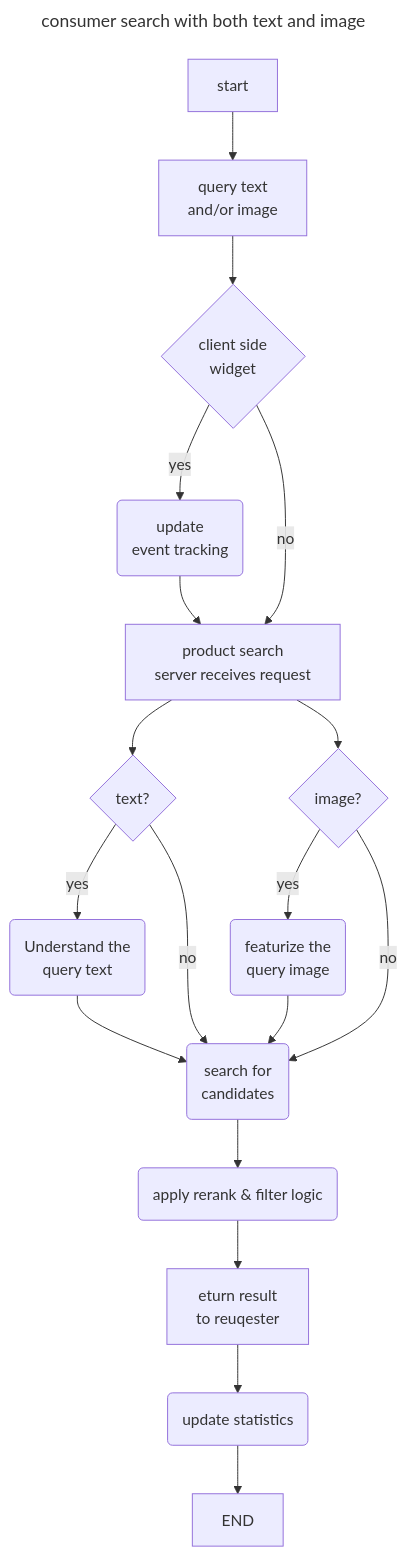
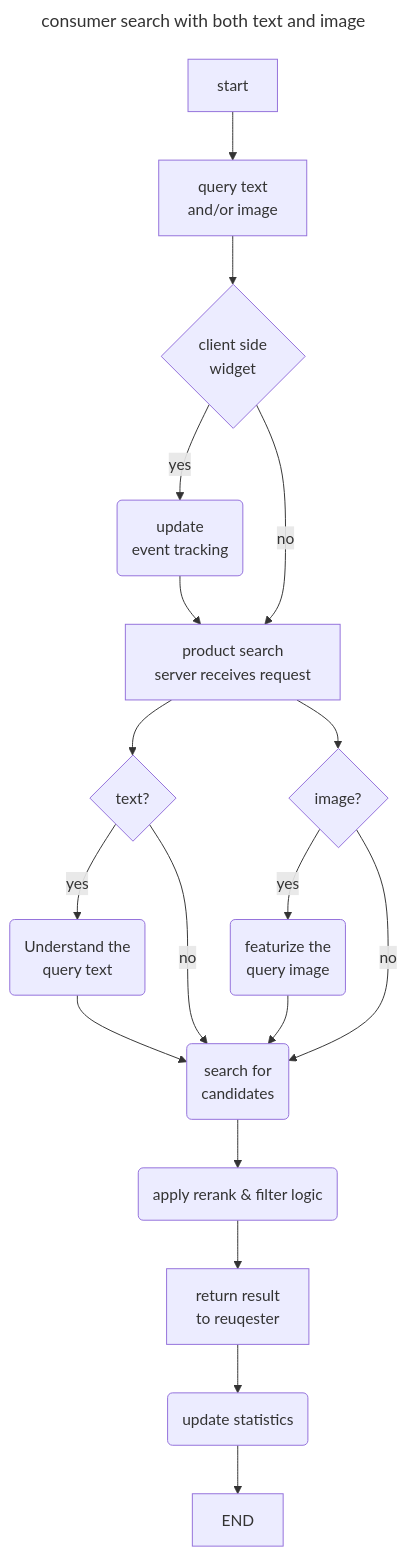
Before and after one commit to zchangvs/diagram: the diagram in Multi-Search_text_and_image.md, drawn with Mermaid.

````diff
--- a/Multi-Search_text_and_image.md
+++ b/Multi-Search_text_and_image.md
@@ -1,25 +1,25 @@
 ```mermaid
 ---
 title: consumer search with both text and image
 ---
 flowchart TD
     ST[start] --> A[query text<br>and/or image]
     A --> B{client side<br>widget}
     B -->|yes| S(update<br>event tracking)
     B --> |no| C[product search<br>server receives request]
     S --> C
     C --> TQ{text?}
     TQ--> |yes| D1(Understand the<br>query text)
     C --> IQ{image?}
     IQ--> |yes| D2(featurize the<br>query image)
     D1 --> E1(search for<br>candidates)
     D2 --> E1
     TQ--> |no| E1
     IQ--> |no| E1 
     E1 --> E2(apply rerank & filter logic)
-    E2 --> F[eturn result<br>to reuqester]
+    E2 --> F[return result<br>to reuqester]
     F --> G(update statistics)
     G --> END[END] 
 
 
 ```
````
